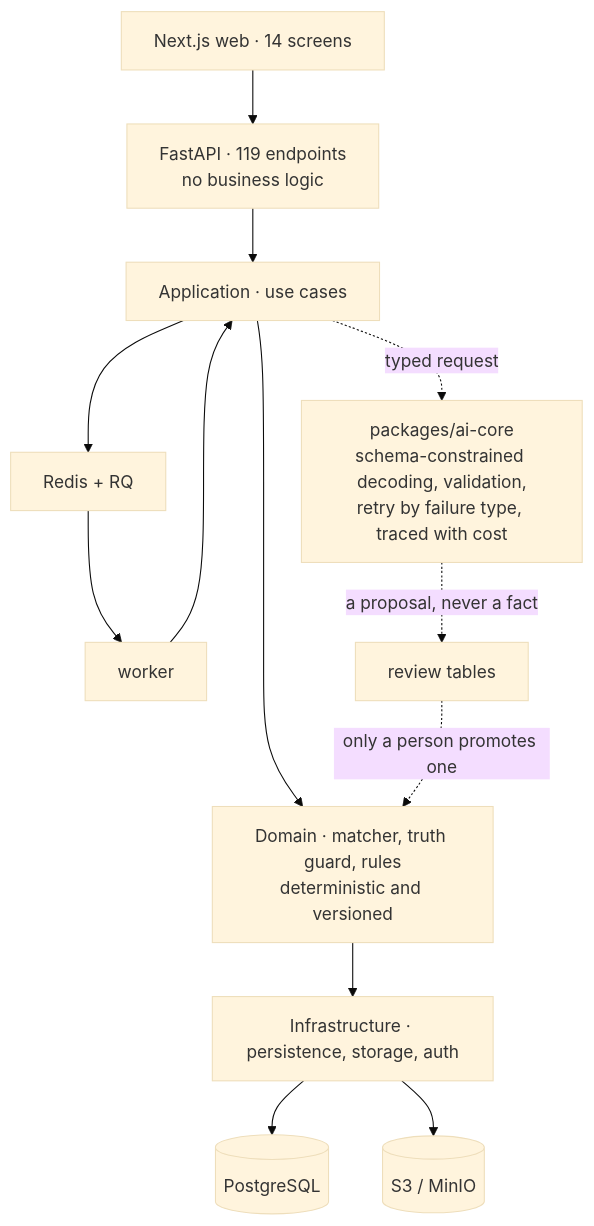
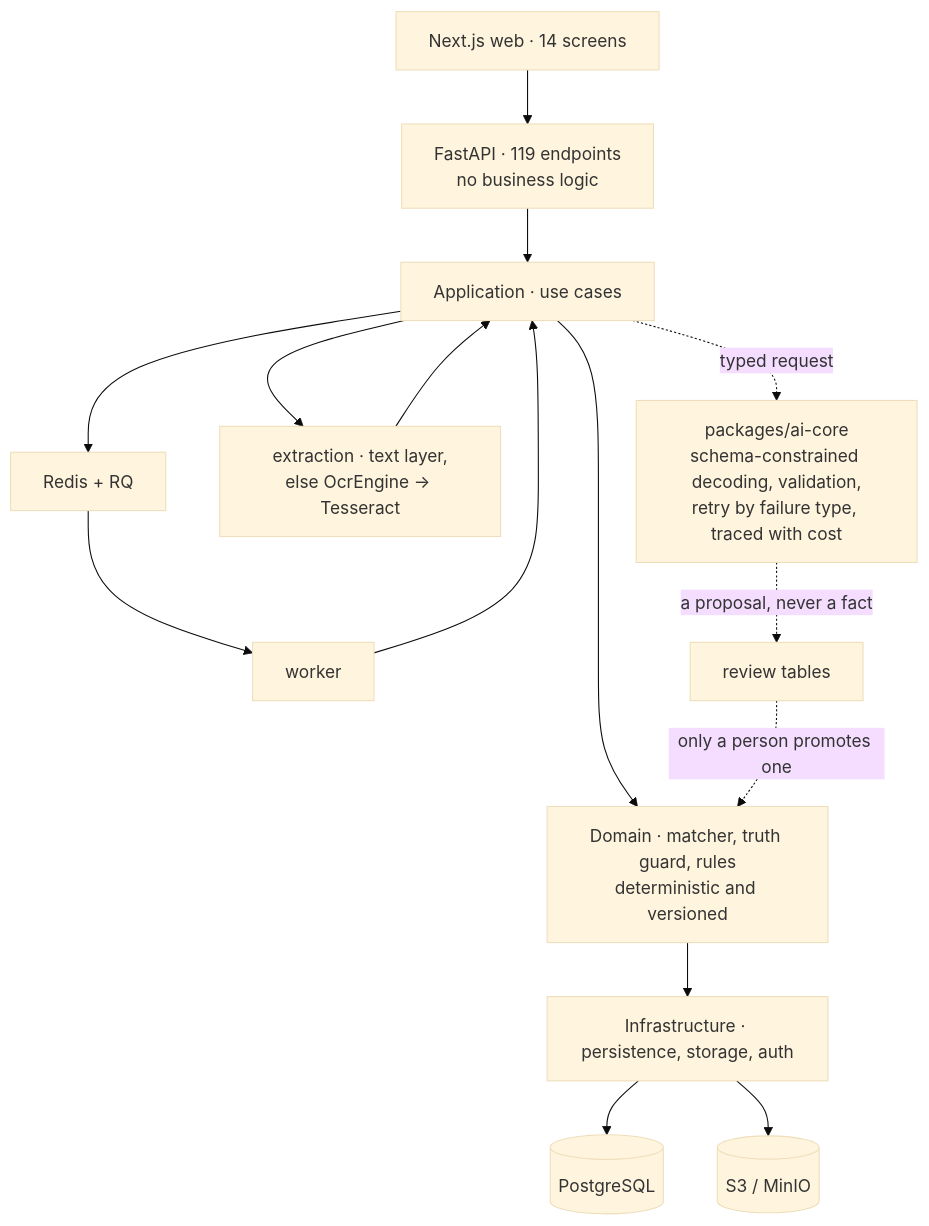
One commit to SnirY/job-intelligence-platform changed the diagram in README.md. Above: the diagram before and after it, drawn with Mermaid (base theme). The commit also changed other lines of this file, not shown here.

````diff
--- a/README.md
+++ b/README.md
@@ -115,17 +119,20 @@
 ```mermaid
 flowchart TD
     Web["Next.js web · 14 screens"] --> API["FastAPI · 119 endpoints<br/>no business logic"]
     API --> App["Application · use cases"]
     App --> Dom["Domain · matcher, truth guard, rules<br/>deterministic and versioned"]
     Dom --> Inf["Infrastructure · persistence, storage, auth"]
     Inf --> DB[("PostgreSQL")]
     Inf --> Obj[("S3 / MinIO")]
 
     App --> Queue["Redis + RQ"]
     Queue --> Worker["worker"]
     Worker --> App
 
+    App --> Extract["extraction · text layer,<br/>else OcrEngine → Tesseract"]
+    Extract --> App
+
     App -. "typed request" .-> Core["packages/ai-core<br/>schema-constrained decoding, validation,<br/>retry by failure type, traced with cost"]
     Core -. "a proposal, never a fact" .-> Review["review tables"]
     Review -. "only a person promotes one" .-> Dom
 ```
````
